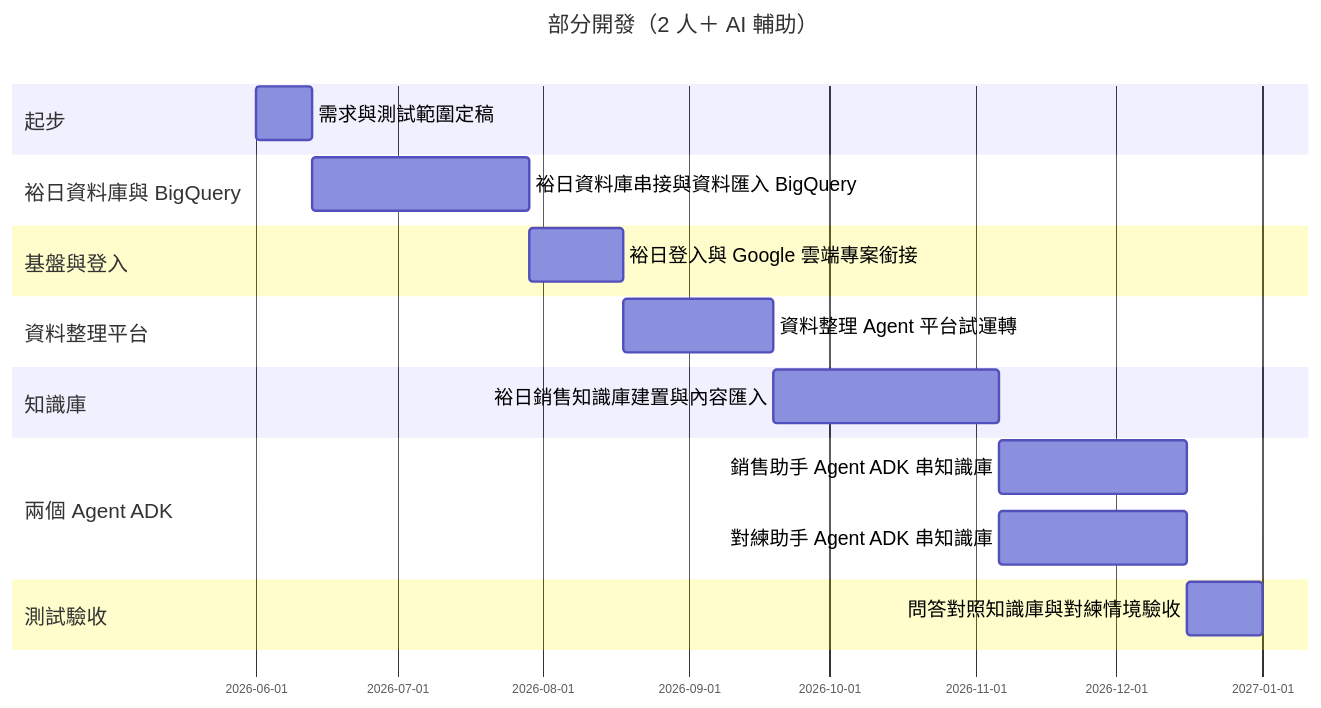
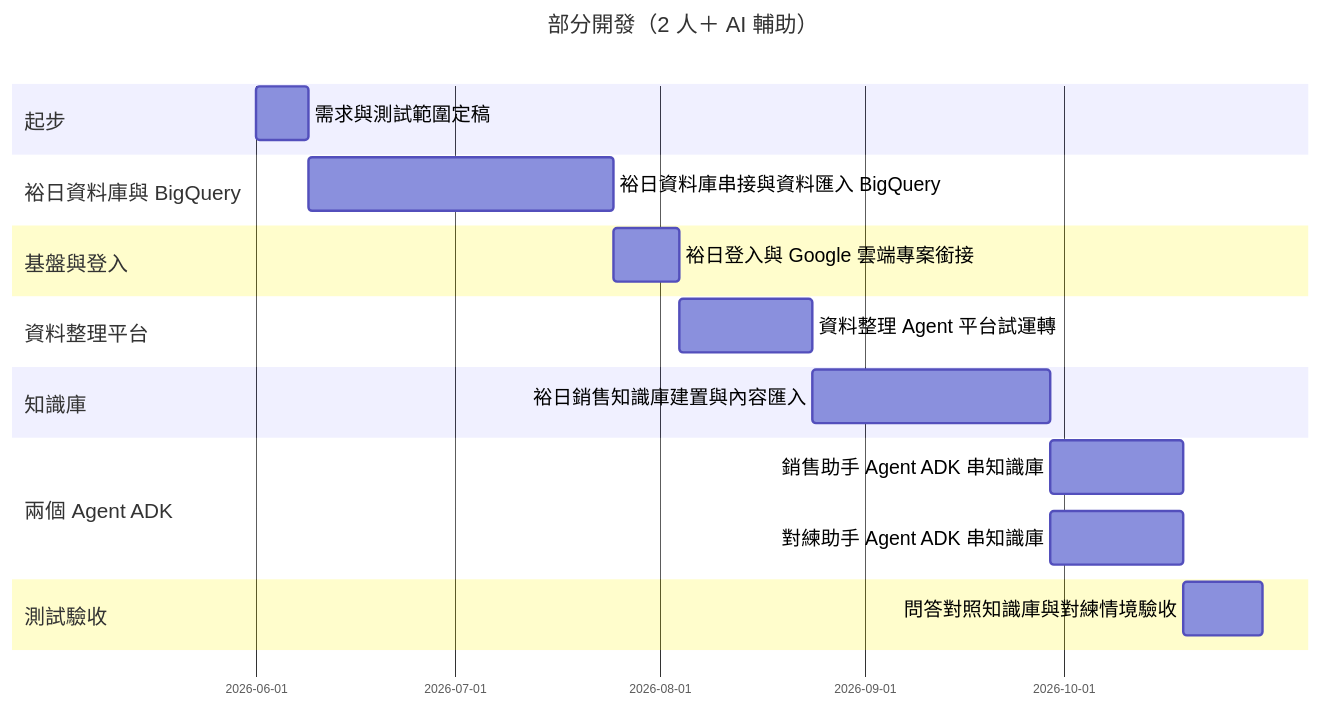
Before and after one commit to humtersiso/YNM_Sales_AI_Coach: the second of 2 diagrams in PROJECT_SCOPE_SALES_TRAINING.md, drawn with Mermaid. The commit also changed other lines of this file, not shown here.

````diff
--- a/PROJECT_SCOPE_SALES_TRAINING.md
+++ b/PROJECT_SCOPE_SALES_TRAINING.md
@@ -161,21 +161,21 @@
 ```mermaid
 %%{init: { "gantt": { "barHeight": 44, "barGap": 14, "fontSize": 16, "sectionFontSize": 17, "topPadding": 70, "leftPadding": 200, "gridLineStartPadding": 50 } } }%%
 gantt
 title 部分開發（2 人＋ AI 輔助）
 dateFormat YYYY-MM-DD
 section 起步
-需求與測試範圍定稿 :v0, 2026-06-01, 12d
+需求與測試範圍定稿 :v0, 2026-06-01, 8d
 section 裕日資料庫與 BigQuery
 裕日資料庫串接與資料匯入 BigQuery :vdb, after v0, 46d
 section 基盤與登入
-裕日登入與 Google 雲端專案銜接 :v1, after vdb, 20d
+裕日登入與 Google 雲端專案銜接 :v1, after vdb, 10d
 section 資料整理平台
-資料整理 Agent 平台試運轉 :v2, after v1, 32d
+資料整理 Agent 平台試運轉 :v2, after v1, 20d
 section 知識庫
-裕日銷售知識庫建置與內容匯入 :v3, after v2, 48d
+裕日銷售知識庫建置與內容匯入 :v3, after v2, 36d
 section 兩個 Agent ADK
-銷售助手 Agent ADK 串知識庫 :v4a, after v3, 40d
-對練助手 Agent ADK 串知識庫 :v4b, after v3, 40d
+銷售助手 Agent ADK 串知識庫 :v4a, after v3, 20d
+對練助手 Agent ADK 串知識庫 :v4b, after v3, 20d
 section 測試驗收
-問答對照知識庫與對練情境驗收 :v5, after v4a v4b, 16d
+問答對照知識庫與對練情境驗收 :v5, after v4a v4b, 12d
 ```
````
